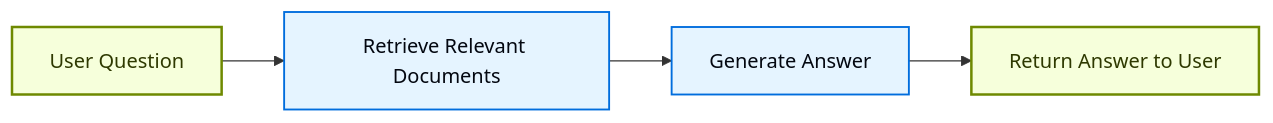
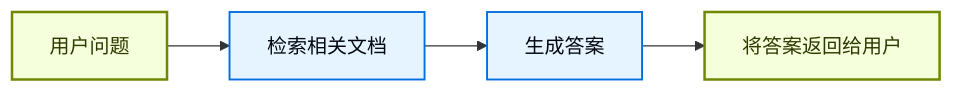
One commit to kunfan96/cndocs-langchain changed the second of 4 diagrams in oss/javascript/langchain/retrieval.mdx. Above: the diagram before and after it, drawn with Mermaid. The commit also changed other lines of this file and 2498 other files, not shown here.

````diff
--- a/oss/javascript/langchain/retrieval.mdx
+++ b/oss/javascript/langchain/retrieval.mdx
@@ -135,13 +135,13 @@
 ```mermaid
 graph LR
-    A[User Question] --> B["Retrieve Relevant Documents"]
-    B --> C["Generate Answer"]
-    C --> D[Return Answer to User]
+    A[用户问题] --> B["检索相关文档"]
+    B --> C["生成答案"]
+    C --> D[将答案返回给用户]
 
-    %% Styling
+    %% 样式
     classDef startend fill:#F6FFDB,stroke:#6E8900,stroke-width:2px,color:#2E3900
     classDef process fill:#E5F4FF,stroke:#006DDD,stroke-width:1.5px,color:#030710
 
     class A,D startend
     class B,C process
 ```
````
